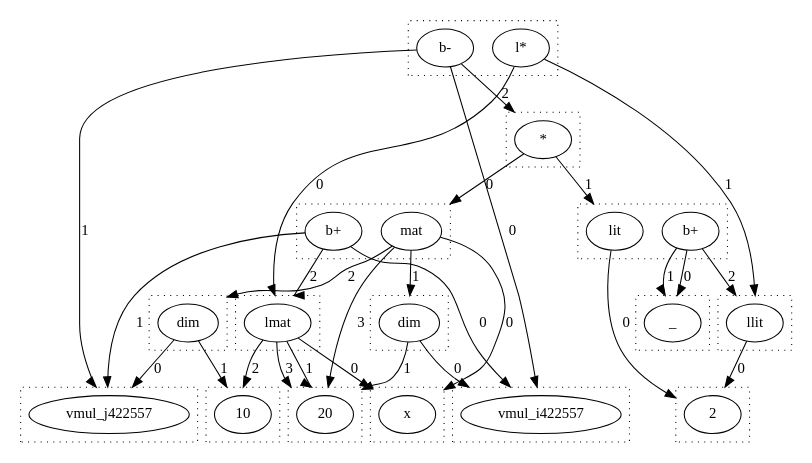
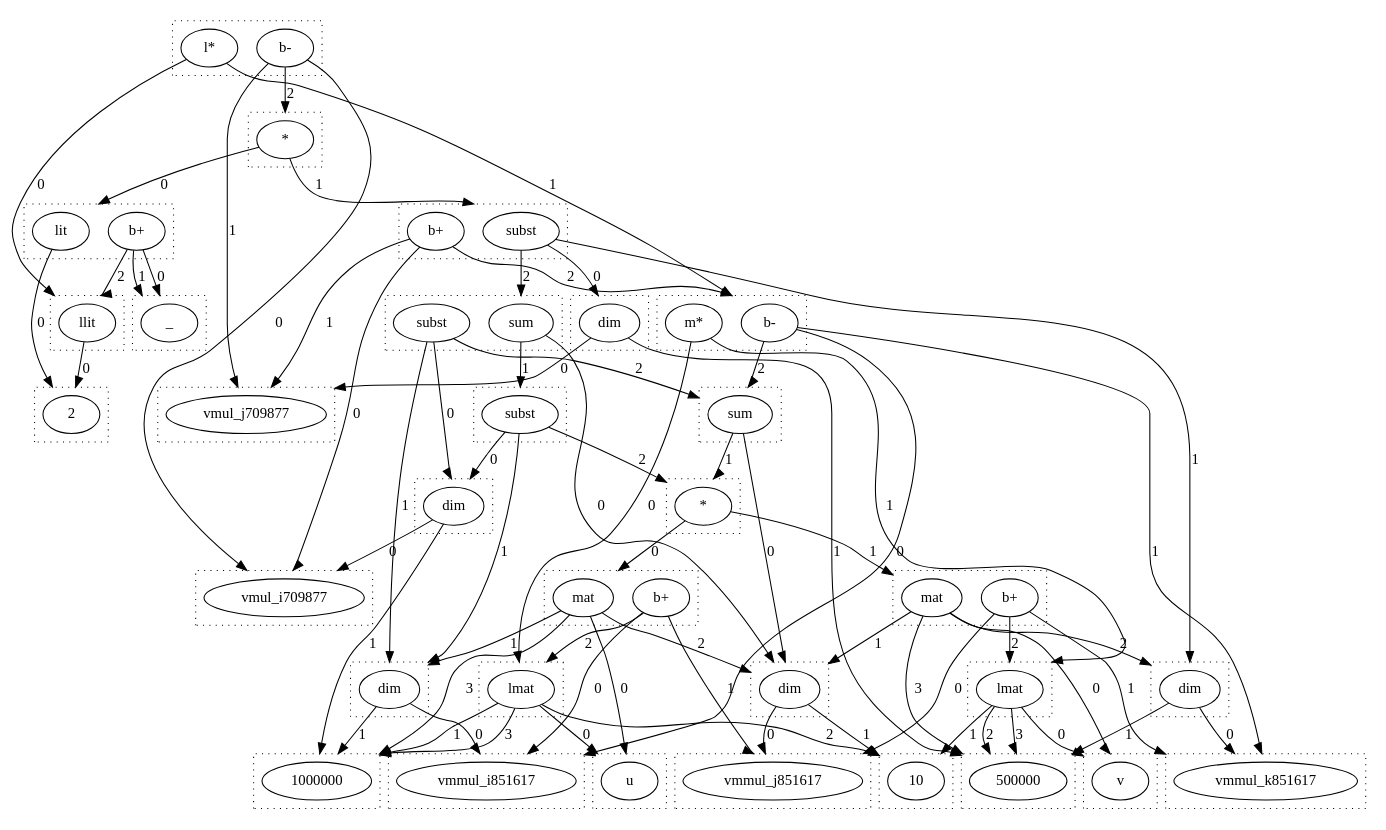
The diagram in dots/lmul.dot (wormhole-optimization/warp), drawn with Graphviz before and after one commit. The commit also changed 8 other files, not shown here.

```diff
--- a/dots/lmul.dot
+++ b/dots/lmul.dot
@@ -2,92 +2,200 @@
   compound=true
   subgraph cluster_0 {
     style=dotted
-    0.0[label = "x"]
+    0.0[label = "2"]
   }
   subgraph cluster_1 {
     style=dotted
-    1.0[label = "20"]
+    1.0[label = "llit"]
   }
   subgraph cluster_2 {
     style=dotted
-    2.0[label = "10"]
+    2.0[label = "u"]
   }
   subgraph cluster_3 {
     style=dotted
-    3.0[label = "lmat"]
+    3.0[label = "1000000"]
   }
   subgraph cluster_4 {
     style=dotted
-    4.0[label = "2"]
+    4.0[label = "10"]
   }
   subgraph cluster_5 {
     style=dotted
-    5.0[label = "llit"]
+    5.0[label = "lmat"]
   }
   subgraph cluster_6 {
     style=dotted
-    6.0[label = "b-"]
-    6.1[label = "l*"]
+    6.0[label = "v"]
   }
   subgraph cluster_7 {
     style=dotted
-    7.0[label = "vmul_i422557"]
+    7.0[label = "500000"]
   }
   subgraph cluster_8 {
     style=dotted
-    8.0[label = "vmul_j422557"]
+    8.0[label = "lmat"]
   }
   subgraph cluster_9 {
     style=dotted
-    9.0[label = "_"]
+    9.0[label = "b-"]
+    9.1[label = "m*"]
   }
   subgraph cluster_10 {
     style=dotted
-    10.0[label = "mat"]
-    10.1[label = "b+"]
+    10.0[label = "b-"]
+    10.1[label = "l*"]
   }
   subgraph cluster_11 {
     style=dotted
-    11.0[label = "lit"]
-    11.1[label = "b+"]
+    11.0[label = "vmul_i709877"]
   }
   subgraph cluster_12 {
     style=dotted
-    12.0[label = "*"]
+    12.0[label = "vmul_j709877"]
+  }
+  subgraph cluster_13 {
+    style=dotted
+    13.0[label = "_"]
   }
   subgraph cluster_14 {
     style=dotted
-    14.0[label = "dim"]
+    14.0[label = "lit"]
+    14.1[label = "b+"]
   }
   subgraph cluster_15 {
     style=dotted
-    15.0[label = "dim"]
+    15.0[label = "subst"]
+    15.1[label = "b+"]
   }
-  3.0 -> 0.0 [lhead = cluster_0, label = 0]
-  3.0 -> 1.0 [lhead = cluster_1, label = 1]
-  3.0 -> 2.0 [lhead = cluster_2, label = 2]
-  3.0 -> 1.0 [lhead = cluster_1, label = 3]
-  5.0 -> 4.0 [lhead = cluster_4, label = 0]
-  6.0 -> 7.0 [lhead = cluster_7, label = 0]
-  6.0 -> 8.0 [lhead = cluster_8, label = 1]
-  6.0 -> 12.0 [lhead = cluster_12, label = 2]
-  6.1 -> 3.0 [lhead = cluster_3, label = 0]
-  6.1 -> 5.0 [lhead = cluster_5, label = 1]
-  10.0 -> 0.0 [lhead = cluster_0, label = 0]
-  10.0 -> 14.0 [lhead = cluster_14, label = 1]
-  10.0 -> 15.0 [lhead = cluster_15, label = 2]
-  10.0 -> 1.0 [lhead = cluster_1, label = 3]
-  10.1 -> 7.0 [lhead = cluster_7, label = 0]
-  10.1 -> 8.0 [lhead = cluster_8, label = 1]
-  10.1 -> 3.0 [lhead = cluster_3, label = 2]
-  11.0 -> 4.0 [lhead = cluster_4, label = 0]
-  11.1 -> 9.0 [lhead = cluster_9, label = 0]
-  11.1 -> 9.0 [lhead = cluster_9, label = 1]
-  11.1 -> 5.0 [lhead = cluster_5, label = 2]
-  12.0 -> 10.0 [lhead = cluster_10, label = 0]
-  12.0 -> 11.0 [lhead = cluster_11, label = 1]
-  14.0 -> 7.0 [lhead = cluster_7, label = 0]
-  14.0 -> 1.0 [lhead = cluster_1, label = 1]
-  15.0 -> 8.0 [lhead = cluster_8, label = 0]
-  15.0 -> 2.0 [lhead = cluster_2, label = 1]
+  subgraph cluster_16 {
+    style=dotted
+    16.0[label = "*"]
+  }
+  subgraph cluster_18 {
+    style=dotted
+    18.0[label = "vmmul_i851617"]
+  }
+  subgraph cluster_19 {
+    style=dotted
+    19.0[label = "vmmul_k851617"]
+  }
+  subgraph cluster_20 {
+    style=dotted
+    20.0[label = "vmmul_j851617"]
+  }
+  subgraph cluster_21 {
+    style=dotted
+    21.0[label = "dim"]
+  }
+  subgraph cluster_22 {
+    style=dotted
+    22.0[label = "mat"]
+    22.1[label = "b+"]
+  }
+  subgraph cluster_23 {
+    style=dotted
+    23.0[label = "mat"]
+    23.1[label = "b+"]
+  }
+  subgraph cluster_24 {
+    style=dotted
+    24.0[label = "*"]
+  }
+  subgraph cluster_25 {
+    style=dotted
+    25.0[label = "sum"]
+  }
+  subgraph cluster_27 {
+    style=dotted
+    27.0[label = "dim"]
+  }
+  subgraph cluster_28 {
+    style=dotted
+    28.0[label = "dim"]
+  }
+  subgraph cluster_29 {
+    style=dotted
+    29.0[label = "dim"]
+  }
+  subgraph cluster_30 {
+    style=dotted
+    30.0[label = "dim"]
+  }
+  subgraph cluster_31 {
+    style=dotted
+    31.0[label = "sum"]
+    31.1[label = "subst"]
+  }
+  subgraph cluster_36 {
+    style=dotted
+    36.0[label = "subst"]
+  }
+  1.0 -> 0.0 [lhead = cluster_0, label = 0]
+  5.0 -> 2.0 [lhead = cluster_2, label = 0]
+  5.0 -> 3.0 [lhead = cluster_3, label = 1]
+  5.0 -> 4.0 [lhead = cluster_4, label = 2]
+  5.0 -> 3.0 [lhead = cluster_3, label = 3]
+  8.0 -> 6.0 [lhead = cluster_6, label = 0]
+  8.0 -> 4.0 [lhead = cluster_4, label = 1]
+  8.0 -> 7.0 [lhead = cluster_7, label = 2]
+  8.0 -> 7.0 [lhead = cluster_7, label = 3]
+  9.0 -> 18.0 [lhead = cluster_18, label = 0]
+  9.0 -> 19.0 [lhead = cluster_19, label = 1]
+  9.0 -> 25.0 [lhead = cluster_25, label = 2]
+  9.1 -> 5.0 [lhead = cluster_5, label = 0]
+  9.1 -> 8.0 [lhead = cluster_8, label = 1]
+  10.0 -> 11.0 [lhead = cluster_11, label = 0]
+  10.0 -> 12.0 [lhead = cluster_12, label = 1]
+  10.0 -> 16.0 [lhead = cluster_16, label = 2]
+  10.1 -> 1.0 [lhead = cluster_1, label = 0]
+  10.1 -> 9.0 [lhead = cluster_9, label = 1]
+  14.0 -> 0.0 [lhead = cluster_0, label = 0]
+  14.1 -> 13.0 [lhead = cluster_13, label = 0]
+  14.1 -> 13.0 [lhead = cluster_13, label = 1]
+  14.1 -> 1.0 [lhead = cluster_1, label = 2]
+  15.0 -> 27.0 [lhead = cluster_27, label = 0]
+  15.0 -> 28.0 [lhead = cluster_28, label = 1]
+  15.0 -> 31.0 [lhead = cluster_31, label = 2]
+  15.1 -> 11.0 [lhead = cluster_11, label = 0]
+  15.1 -> 12.0 [lhead = cluster_12, label = 1]
+  15.1 -> 9.0 [lhead = cluster_9, label = 2]
+  16.0 -> 14.0 [lhead = cluster_14, label = 0]
+  16.0 -> 15.0 [lhead = cluster_15, label = 1]
+  21.0 -> 20.0 [lhead = cluster_20, label = 0]
+  21.0 -> 4.0 [lhead = cluster_4, label = 1]
+  22.0 -> 2.0 [lhead = cluster_2, label = 0]
+  22.0 -> 30.0 [lhead = cluster_30, label = 1]
+  22.0 -> 21.0 [lhead = cluster_21, label = 2]
+  22.0 -> 3.0 [lhead = cluster_3, label = 3]
+  22.1 -> 18.0 [lhead = cluster_18, label = 0]
+  22.1 -> 20.0 [lhead = cluster_20, label = 1]
+  22.1 -> 5.0 [lhead = cluster_5, label = 2]
+  23.0 -> 6.0 [lhead = cluster_6, label = 0]
+  23.0 -> 21.0 [lhead = cluster_21, label = 1]
+  23.0 -> 28.0 [lhead = cluster_28, label = 2]
+  23.0 -> 7.0 [lhead = cluster_7, label = 3]
+  23.1 -> 20.0 [lhead = cluster_20, label = 0]
+  23.1 -> 19.0 [lhead = cluster_19, label = 1]
+  23.1 -> 8.0 [lhead = cluster_8, label = 2]
+  24.0 -> 22.0 [lhead = cluster_22, label = 0]
+  24.0 -> 23.0 [lhead = cluster_23, label = 1]
+  25.0 -> 21.0 [lhead = cluster_21, label = 0]
+  25.0 -> 24.0 [lhead = cluster_24, label = 1]
+  27.0 -> 12.0 [lhead = cluster_12, label = 0]
+  27.0 -> 7.0 [lhead = cluster_7, label = 1]
+  28.0 -> 19.0 [lhead = cluster_19, label = 0]
+  28.0 -> 7.0 [lhead = cluster_7, label = 1]
+  29.0 -> 11.0 [lhead = cluster_11, label = 0]
+  29.0 -> 3.0 [lhead = cluster_3, label = 1]
+  30.0 -> 18.0 [lhead = cluster_18, label = 0]
+  30.0 -> 3.0 [lhead = cluster_3, label = 1]
+  31.0 -> 21.0 [lhead = cluster_21, label = 0]
+  31.0 -> 36.0 [lhead = cluster_36, label = 1]
+  31.1 -> 29.0 [lhead = cluster_29, label = 0]
+  31.1 -> 30.0 [lhead = cluster_30, label = 1]
+  31.1 -> 25.0 [lhead = cluster_25, label = 2]
+  36.0 -> 29.0 [lhead = cluster_29, label = 0]
+  36.0 -> 30.0 [lhead = cluster_30, label = 1]
+  36.0 -> 24.0 [lhead = cluster_24, label = 2]
 }
```
